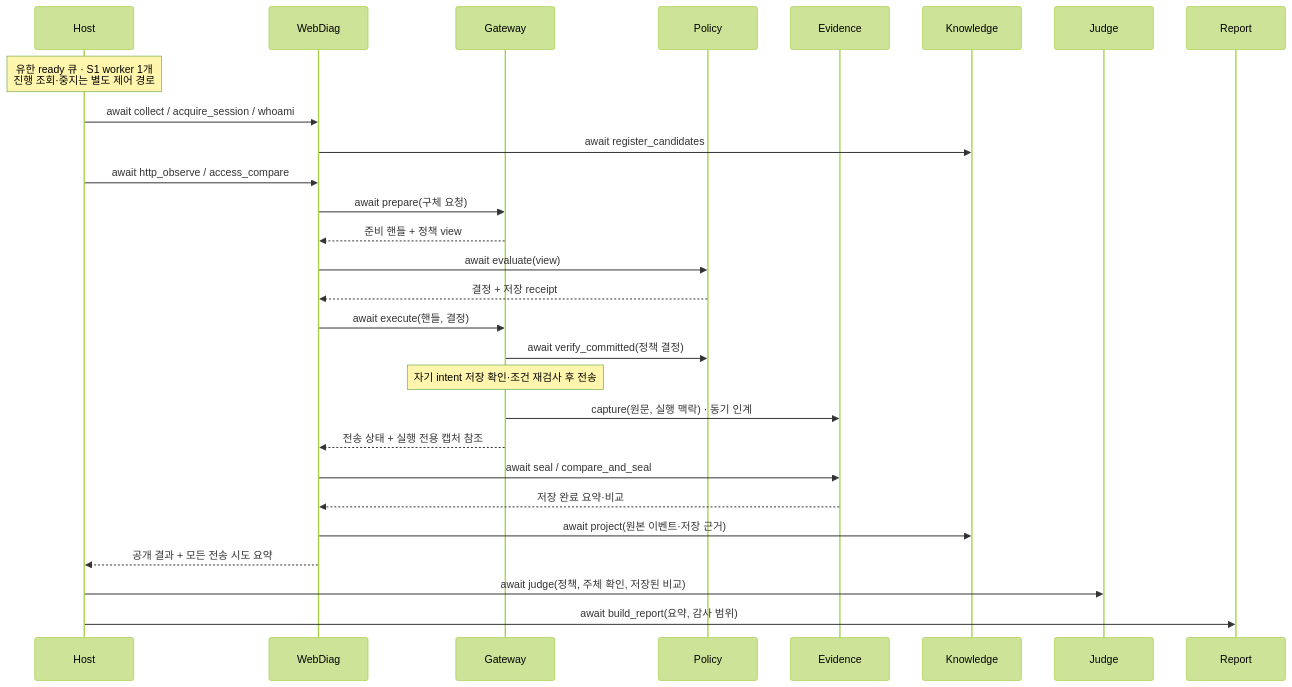
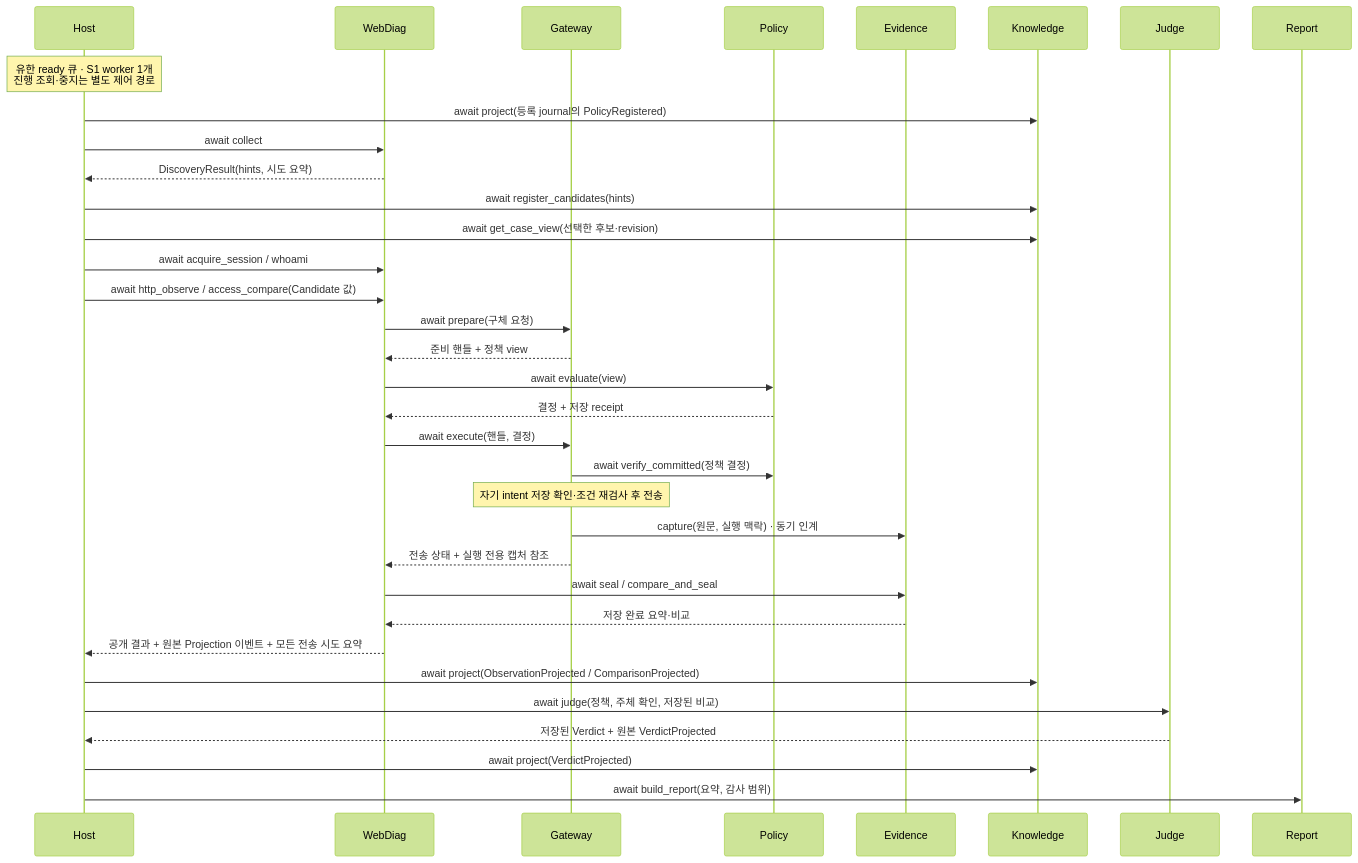
Before and after one commit to ABC2LAB/abc2lab-dast: the diagram in docs/planning/s1-api-spec.md, drawn with Mermaid (forest theme). The commit also changed other lines of this file and 10 other files, not shown here.

````diff
--- a/docs/planning/s1-api-spec.md
+++ b/docs/planning/s1-api-spec.md
@@ -23,30 +27,36 @@
 ```mermaid
 sequenceDiagram
     participant H as Host
     participant W as WebDiag
     participant G as Gateway
     participant P as Policy
     participant E as Evidence
     participant K as Knowledge
     participant J as Judge
     participant R as Report
     Note over H: 유한 ready 큐 · S1 worker 1개<br/>진행 조회·중지는 별도 제어 경로
-    H->>W: await collect / acquire_session / whoami
-    W->>K: await register_candidates
-    H->>W: await http_observe / access_compare
+    H->>K: await project(등록 journal의 PolicyRegistered)
+    H->>W: await collect
+    W-->>H: DiscoveryResult(hints, 시도 요약)
+    H->>K: await register_candidates(hints)
+    H->>K: await get_case_view(선택한 후보·revision)
+    H->>W: await acquire_session / whoami
+    H->>W: await http_observe / access_compare(Candidate 값)
     W->>G: await prepare(구체 요청)
     G-->>W: 준비 핸들 + 정책 view
     W->>P: await evaluate(view)
     P-->>W: 결정 + 저장 receipt
     W->>G: await execute(핸들, 결정)
     G->>P: await verify_committed(정책 결정)
     Note over G: 자기 intent 저장 확인·조건 재검사 후 전송
     G->>E: capture(원문, 실행 맥락) · 동기 인계
     G-->>W: 전송 상태 + 실행 전용 캡처 참조
     W->>E: await seal / compare_and_seal
     E-->>W: 저장 완료 요약·비교
-    W->>K: await project(원본 이벤트·저장 근거)
-    W-->>H: 공개 결과 + 모든 전송 시도 요약
+    W-->>H: 공개 결과 + 원본 Projection 이벤트 + 모든 전송 시도 요약
+    H->>K: await project(ObservationProjected / ComparisonProjected)
     H->>J: await judge(정책, 주체 확인, 저장된 비교)
+    J-->>H: 저장된 Verdict + 원본 VerdictProjected
+    H->>K: await project(VerdictProjected)
     H->>R: await build_report(요약, 감사 범위)
 ```
````
